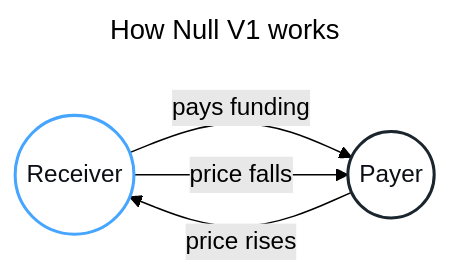
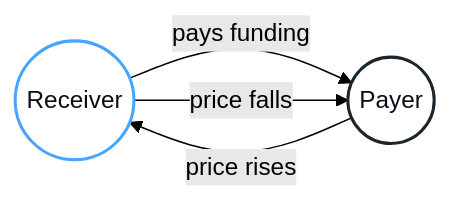
Before and after one commit to Null-Solutions/v1-docs: the diagram in diagrams/protocol-overview.mmd, drawn with Mermaid (forest theme). The commit also changed 24 other files, not shown here.

Commit message:
Update docs diagram assets

```diff
--- a/diagrams/protocol-overview.mmd
+++ b/diagrams/protocol-overview.mmd
@@ -1,15 +1,12 @@
----
-title: How Null V1 works
----
 flowchart LR
   receiver(("Receiver"))
   payer(("Payer"))
 
   receiver -- "pays funding" --> payer
   payer -- "price rises" --> receiver
   receiver -- "price falls" --> payer
 
   classDef receiver fill:#FFFFFF,color:#0B0E15,stroke:#45A5FF,stroke-width:2px;
   classDef payer fill:#FFFFFF,color:#0B0E15,stroke:#1B252D,stroke-width:2px;
   class receiver receiver;
   class payer payer;
```
